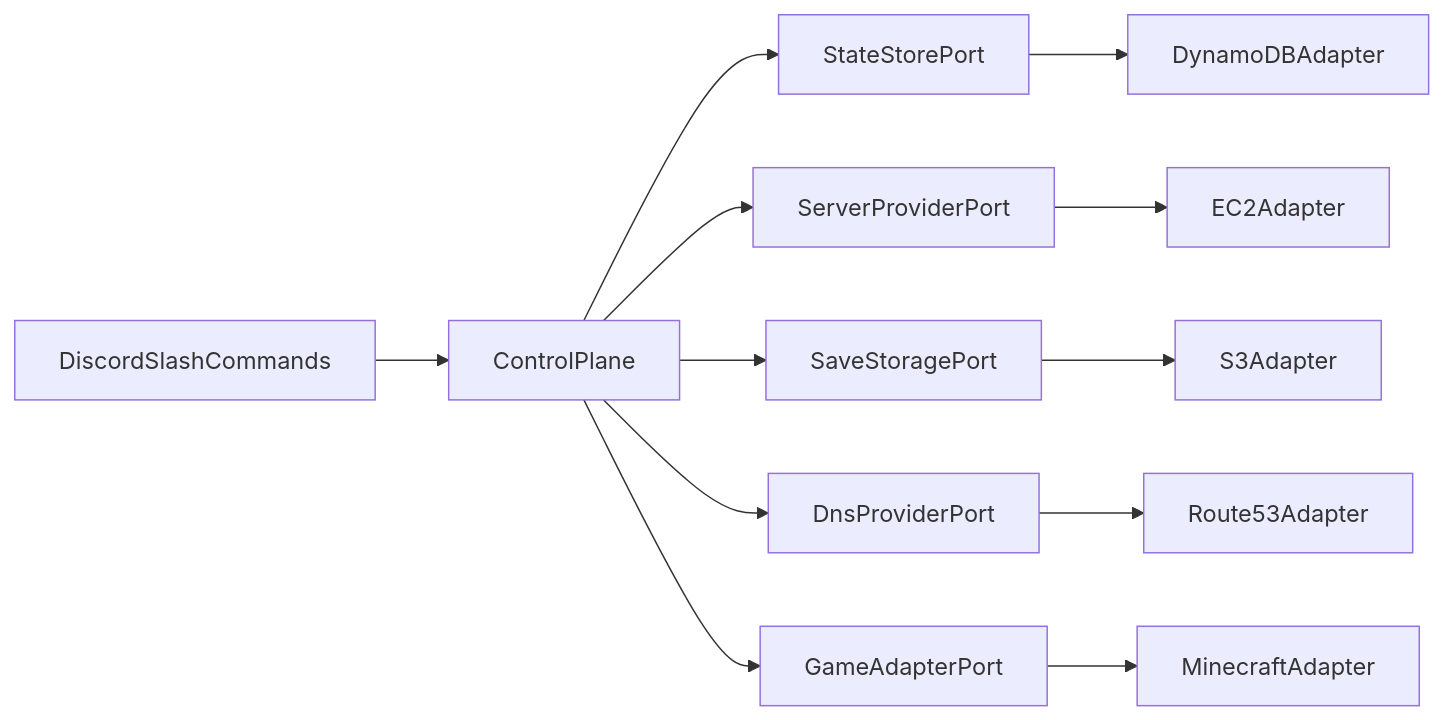
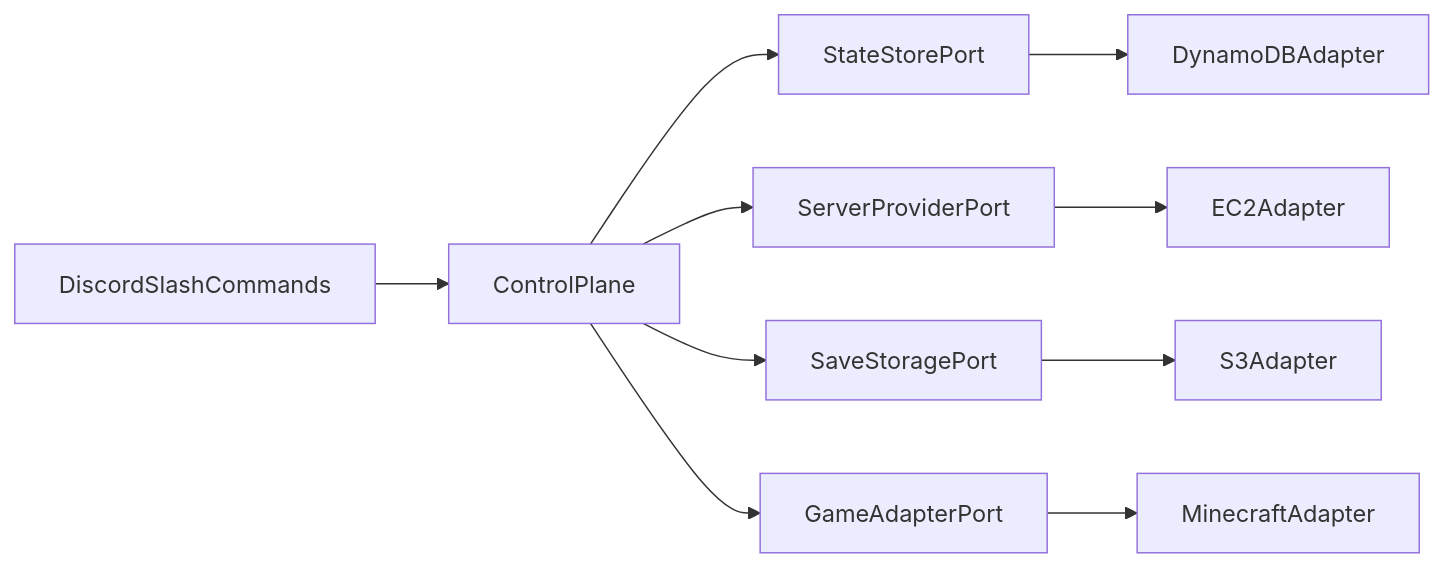
The first of 2 diagrams in docs/architecture.md (AloneInAbyss/lghs), drawn with Mermaid before and after one commit. The commit also changed other lines of this file and 7 other files, not shown here.

````diff
--- a/docs/architecture.md
+++ b/docs/architecture.md
@@ -11,14 +11,12 @@
 ```mermaid
 flowchart LR
   Discord[DiscordSlashCommands] --> CP[ControlPlane]
   CP --> State[StateStorePort]
   CP --> Provider[ServerProviderPort]
   CP --> Saves[SaveStoragePort]
-  CP --> Dns[DnsProviderPort]
   CP --> Games[GameAdapterPort]
   State --> DDB[DynamoDBAdapter]
   Provider --> EC2[EC2Adapter]
   Saves --> S3[S3Adapter]
-  Dns --> R53[Route53Adapter]
   Games --> MC[MinecraftAdapter]
 ```
````
